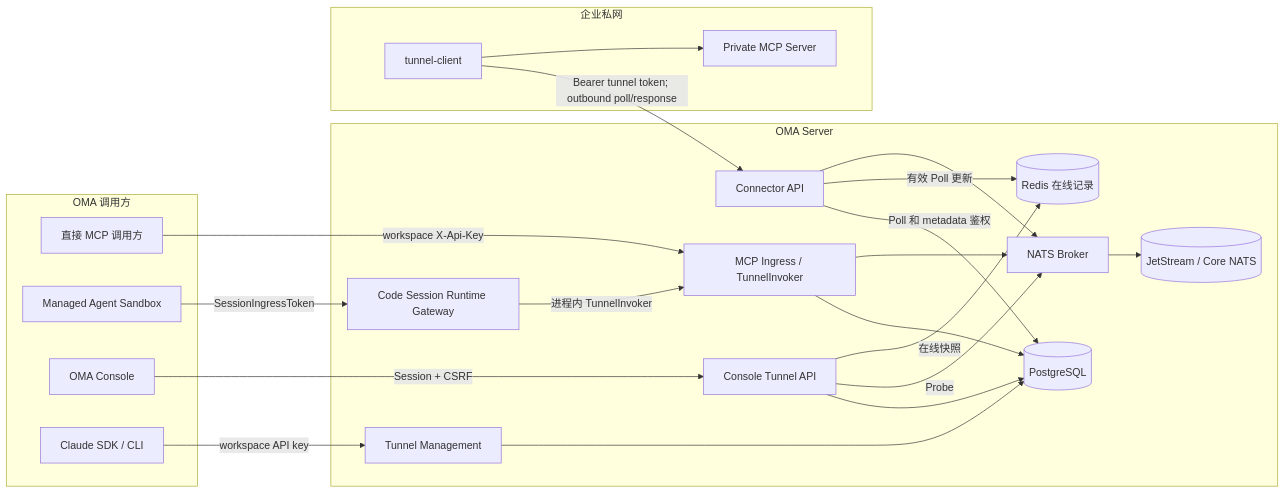
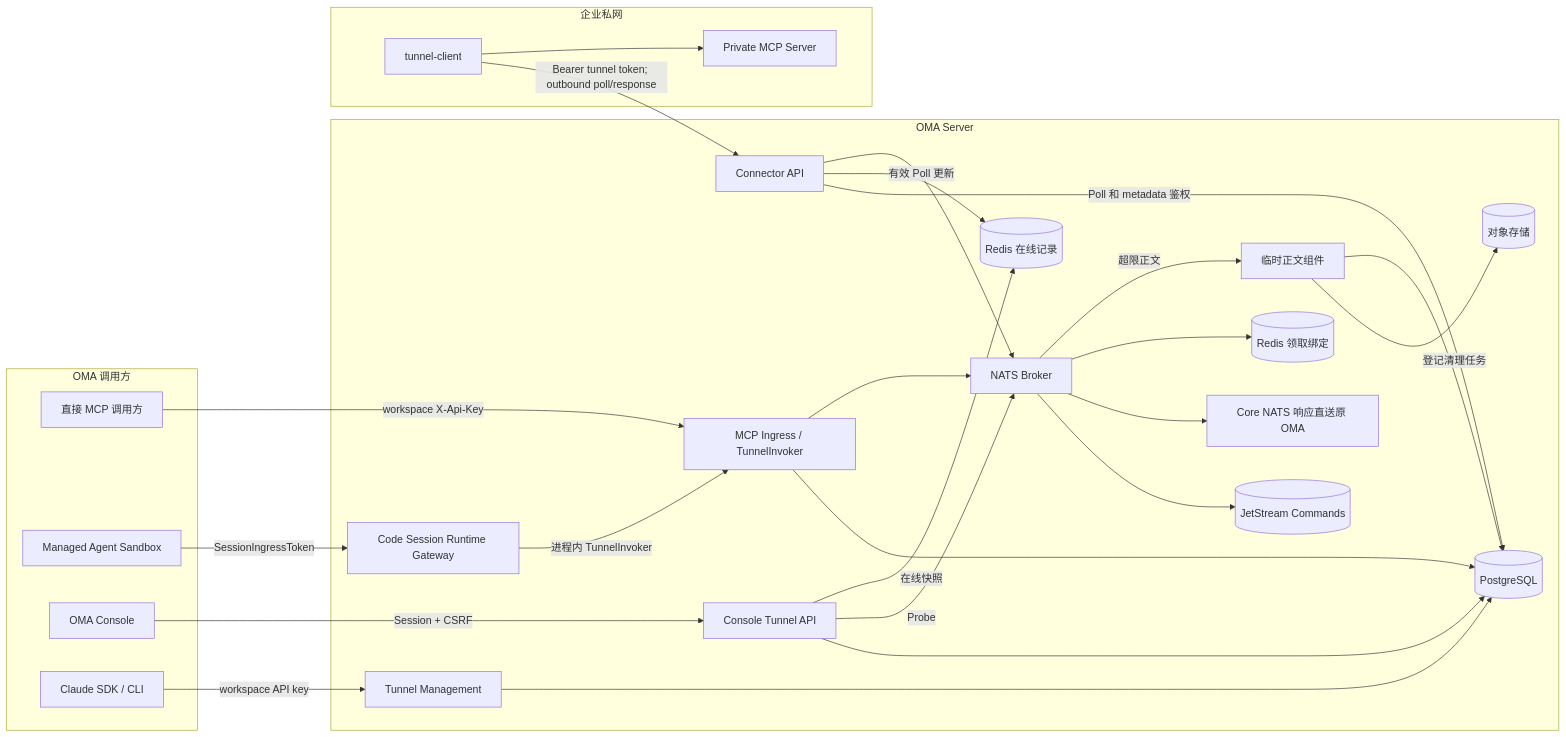
Before and after one commit to superduck-ai/open-managed-agents: the first of 4 diagrams in docs/design/mcp-tunnel-developer-guide.md, drawn with Mermaid. The commit also changed other lines of this file and 2 other files, not shown here.

Commit message:
[docs] align MCP tunnel architecture with Redis request bindings

````diff
--- a/docs/design/mcp-tunnel-developer-guide.md
+++ b/docs/design/mcp-tunnel-developer-guide.md
@@ -28,44 +28,53 @@
 ```mermaid
 flowchart LR
     subgraph OMAClients[OMA 调用方]
         Direct[直接 MCP 调用方]
         Sandbox[Managed Agent Sandbox]
         Console[OMA Console]
         SDK[Claude SDK / CLI]
     end
 
     subgraph OMA[OMA Server]
         Management[Tunnel Management]
         ConsoleAPI[Console Tunnel API]
         RuntimeGateway[Code Session Runtime Gateway]
         Ingress[MCP Ingress / TunnelInvoker]
         ConnectorAPI[Connector API]
         Broker[NATS Broker]
         TunnelDB[(PostgreSQL)]
-        NATS[(JetStream / Core NATS)]
+        Commands[(JetStream Commands)]
+        Core[Core NATS 响应直送原 OMA]
+        Bindings[(Redis 领取绑定)]
         Presence[(Redis 在线记录)]
+        PayloadStore[临时正文组件]
+        Objects[(对象存储)]
     end
 
     subgraph PrivateNetwork[企业私网]
         Client[tunnel-client]
         PrivateMCP[Private MCP Server]
     end
 
     SDK -->|workspace API key| Management
     Console -->|Session + CSRF| ConsoleAPI
     Direct -->|workspace X-Api-Key| Ingress
     Sandbox -->|SessionIngressToken| RuntimeGateway
     RuntimeGateway -->|进程内 TunnelInvoker| Ingress
     Management --> TunnelDB
     ConsoleAPI --> TunnelDB
     ConsoleAPI -->|Probe| Broker
     ConsoleAPI -->|在线快照| Presence
     Ingress --> TunnelDB
     Ingress --> Broker
     ConnectorAPI -->|Poll 和 metadata 鉴权| TunnelDB
     ConnectorAPI -->|有效 Poll 更新| Presence
     ConnectorAPI --> Broker
-    Broker --> NATS
+    Broker --> Commands
+    Broker --> Core
+    Broker --> Bindings
+    Broker -->|超限正文| PayloadStore
+    PayloadStore --> Objects
+    PayloadStore -->|登记清理任务| TunnelDB
     Client -->|Bearer tunnel token; outbound poll/response| ConnectorAPI
     Client --> PrivateMCP
 ```
````
